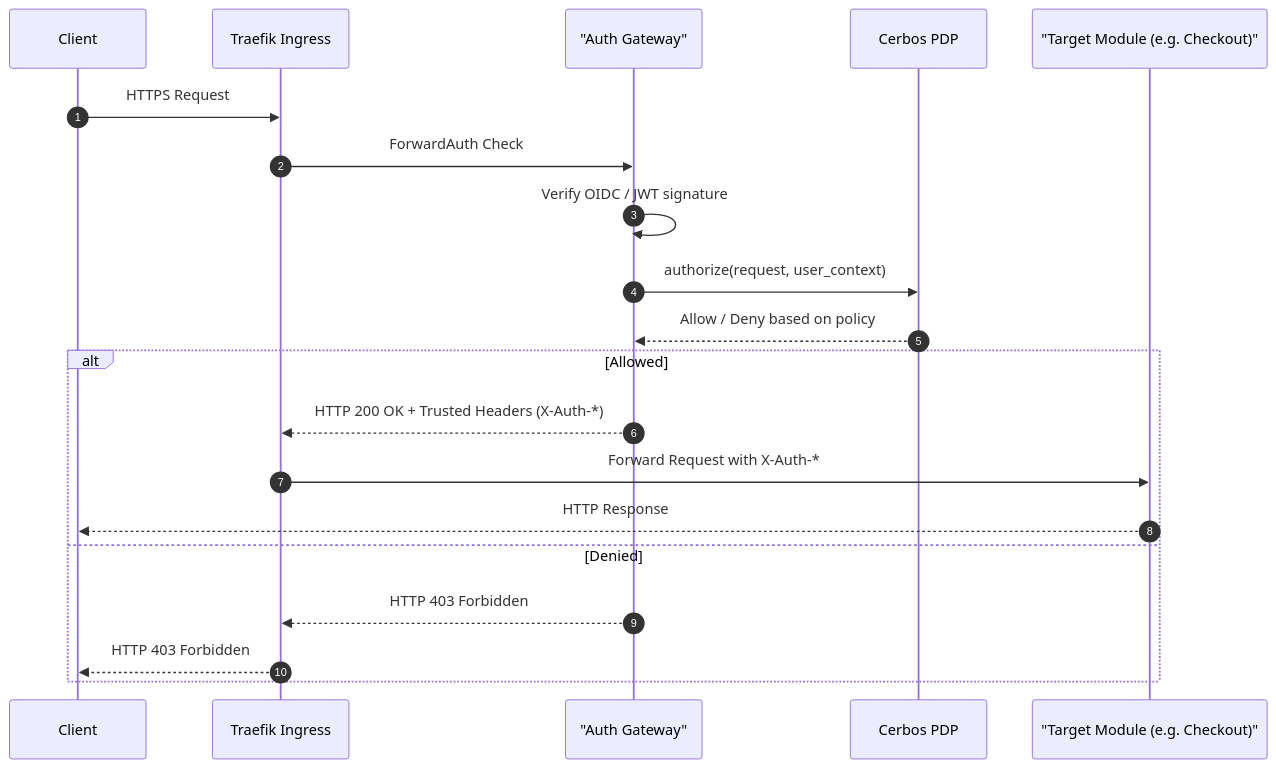
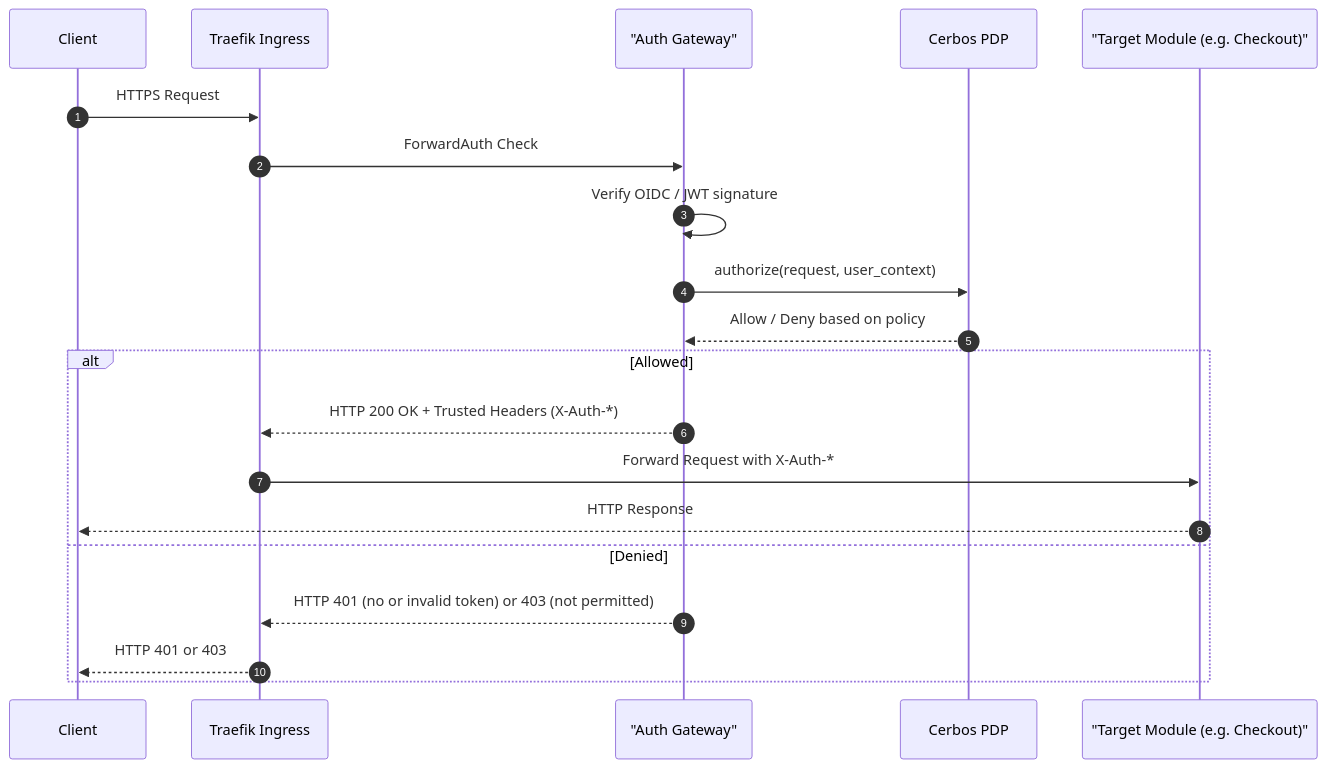
Before and after one commit to Labs64/labs64.io-docs: the first of 5 diagrams in introduction/architecture.md, drawn with Mermaid. The commit also changed 1 other file, not shown here.

Commit message:
Minor fixes during the local cluster audit

````diff
--- a/introduction/architecture.md
+++ b/introduction/architecture.md
@@ -15,24 +15,24 @@
 ```mermaid
 sequenceDiagram
     autonumber
     participant C as Client
     participant T as Traefik Ingress
     participant AP as "Auth Gateway"
     participant PDP as Cerbos PDP
     participant M as "Target Module (e.g. Checkout)"
 
     C->>T: HTTPS Request
     T->>AP: ForwardAuth Check
     AP->>AP: Verify OIDC / JWT signature
     AP->>PDP: authorize(request, user_context)
     PDP-->>AP: Allow / Deny based on policy
     
     alt Allowed
         AP-->>T: HTTP 200 OK + Trusted Headers (X-Auth-*)
         T->>M: Forward Request with X-Auth-*
         M-->>C: HTTP Response
     else Denied
-        AP-->>T: HTTP 403 Forbidden
-        T-->>C: HTTP 403 Forbidden
+        AP-->>T: HTTP 401 (no or invalid token) or 403 (not permitted)
+        T-->>C: HTTP 401 or 403
     end
 ```
````
